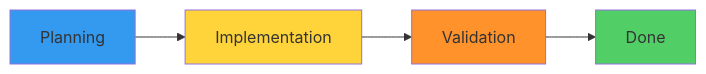
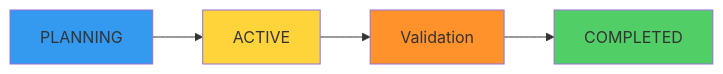
One commit to anton-abyzov/specweave changed the first of 3 diagrams in .specweave/docs/public/glossary/terms/increments.md. Above: the diagram before and after it, drawn with Mermaid. The commit also changed other lines of this file and 29 other files, not shown here.

````diff
--- a/.specweave/docs/public/glossary/terms/increments.md
+++ b/.specweave/docs/public/glossary/terms/increments.md
@@ -16,11 +16,11 @@
 ```mermaid
 graph LR
-    A[Planning] --> B[Implementation]
+    A[PLANNING] --> B[ACTIVE]
     B --> C[Validation]
-    C --> D[Done]
+    C --> D[COMPLETED]
 
     style A fill:#339af0
     style B fill:#ffd43b
     style C fill:#ff922b
     style D fill:#51cf66
 ```
````
